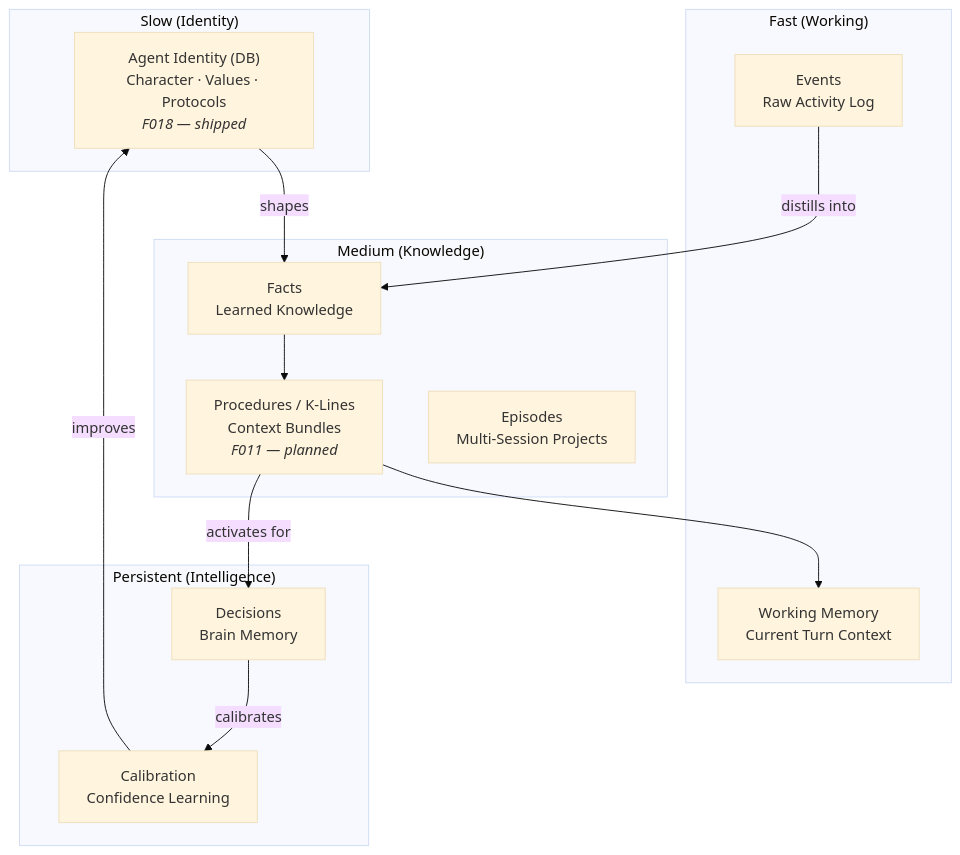
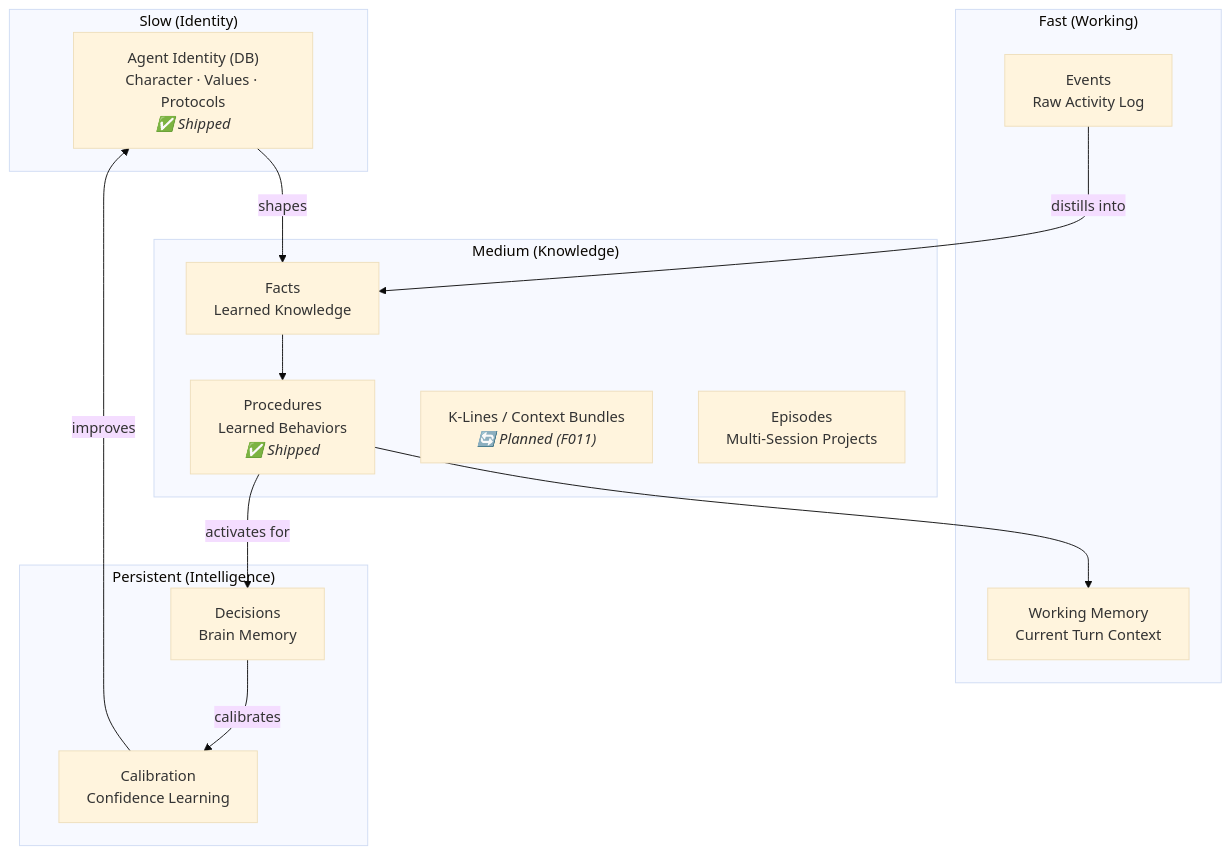
Before and after one commit to tfatykhov/nous: the second of 4 diagrams in README.md, drawn with Mermaid (base theme). The commit also changed other lines of this file, not shown here.

````diff
--- a/README.md
+++ b/README.md
@@ -140,30 +151,31 @@
 ```mermaid
 graph TB
     subgraph "Slow (Identity)"
-        ID["Agent Identity (DB)<br/>Character · Values · Protocols<br/><i>F018 — shipped</i>"]
+        ID["Agent Identity (DB)<br/>Character · Values · Protocols<br/><i>✅ Shipped</i>"]
     end
 
     subgraph "Medium (Knowledge)"
         FACTS[Facts<br/>Learned Knowledge]
-        KL["Procedures / K-Lines<br/>Context Bundles<br/><i>F011 — planned</i>"]
+        PROC["Procedures<br/>Learned Behaviors<br/><i>✅ Shipped</i>"]
+        KL["K-Lines / Context Bundles<br/><i>🔄 Planned (F011)</i>"]
         EP[Episodes<br/>Multi-Session Projects]
     end
 
     subgraph "Fast (Working)"
         WM[Working Memory<br/>Current Turn Context]
         EV[Events<br/>Raw Activity Log]
     end
 
     subgraph "Persistent (Intelligence)"
         DEC[Decisions<br/>Brain Memory]
         CAL[Calibration<br/>Confidence Learning]
     end
 
     ID -->|shapes| FACTS
-    FACTS --> KL
-    KL --> WM
+    FACTS --> PROC
+    PROC --> WM
     EV -->|distills into| FACTS
     DEC -->|calibrates| CAL
-    KL -->|activates for| DEC
+    PROC -->|activates for| DEC
     CAL -->|improves| ID
 ```
````
